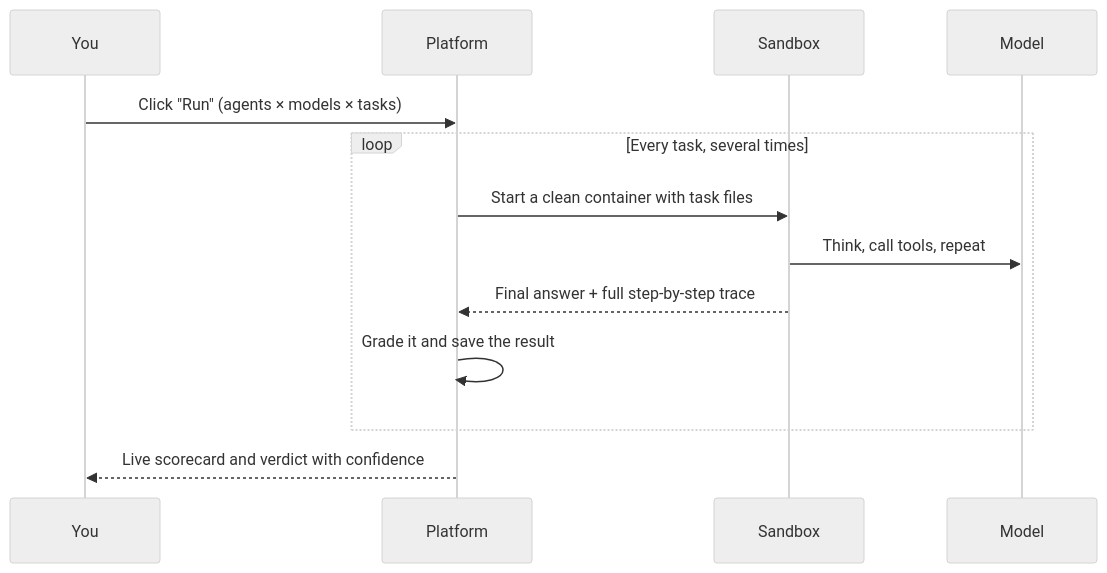
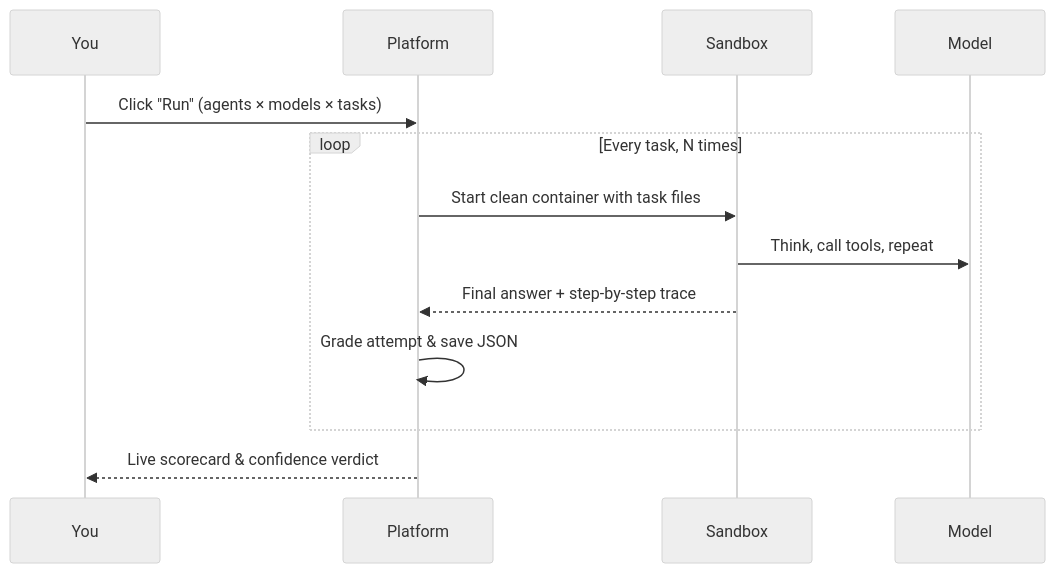
One commit to rpm360/agent-eval-platform changed the third of 3 diagrams in docs/ARCHITECTURE.md. Above: the diagram before and after it, drawn with Mermaid (neutral theme). The commit also changed other lines of this file and 1 other file, not shown here.

Commit message:
docs: add adapter box diagram, file references, and simplify statistical method section

````diff
--- a/docs/ARCHITECTURE.md
+++ b/docs/ARCHITECTURE.md
@@ -55,15 +76,15 @@
 ```mermaid
 sequenceDiagram
   participant You
   participant Platform
   participant Sandbox
   participant Model
   You->>Platform: Click "Run" (agents × models × tasks)
-  loop Every task, several times
-    Platform->>Sandbox: Start a clean container with task files
+  loop Every task, N times
+    Platform->>Sandbox: Start clean container with task files
     Sandbox->>Model: Think, call tools, repeat
-    Sandbox-->>Platform: Final answer + full step-by-step trace
-    Platform->>Platform: Grade it and save the result
+    Sandbox-->>Platform: Final answer + step-by-step trace
+    Platform->>Platform: Grade attempt & save JSON
   end
-  Platform-->>You: Live scorecard and verdict with confidence
+  Platform-->>You: Live scorecard & confidence verdict
 ```
````
